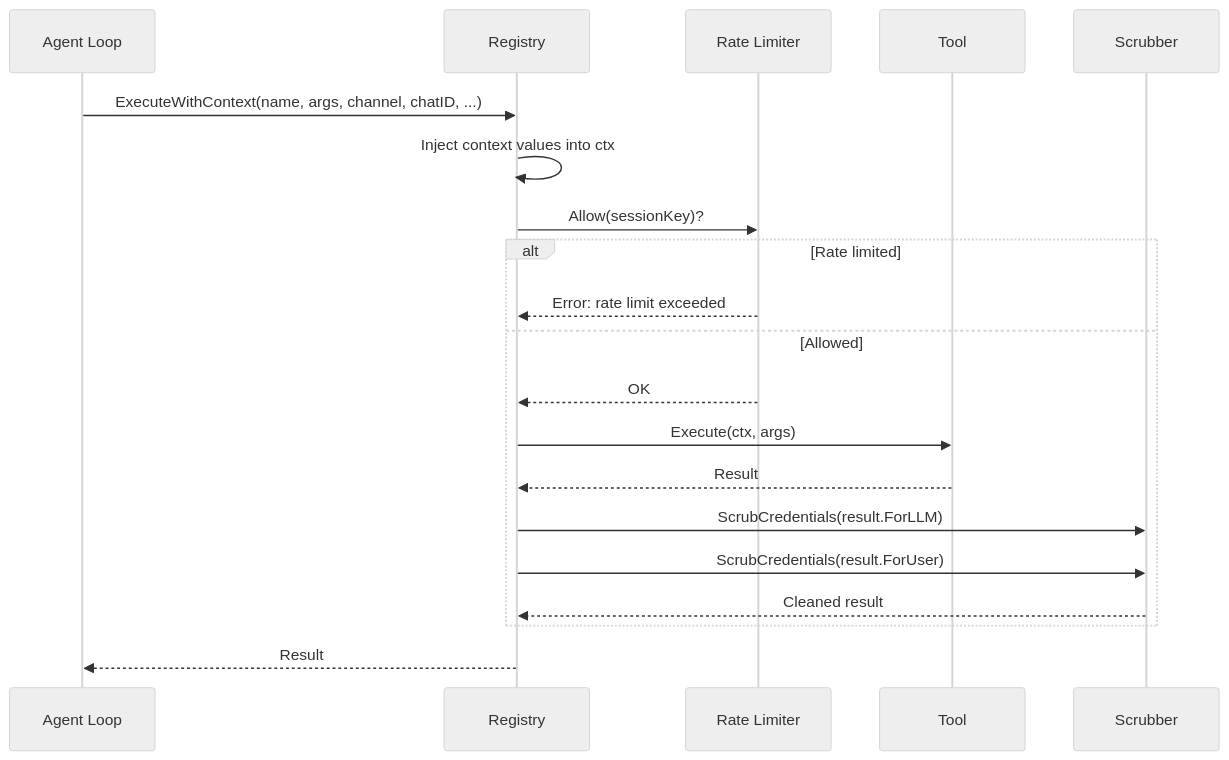
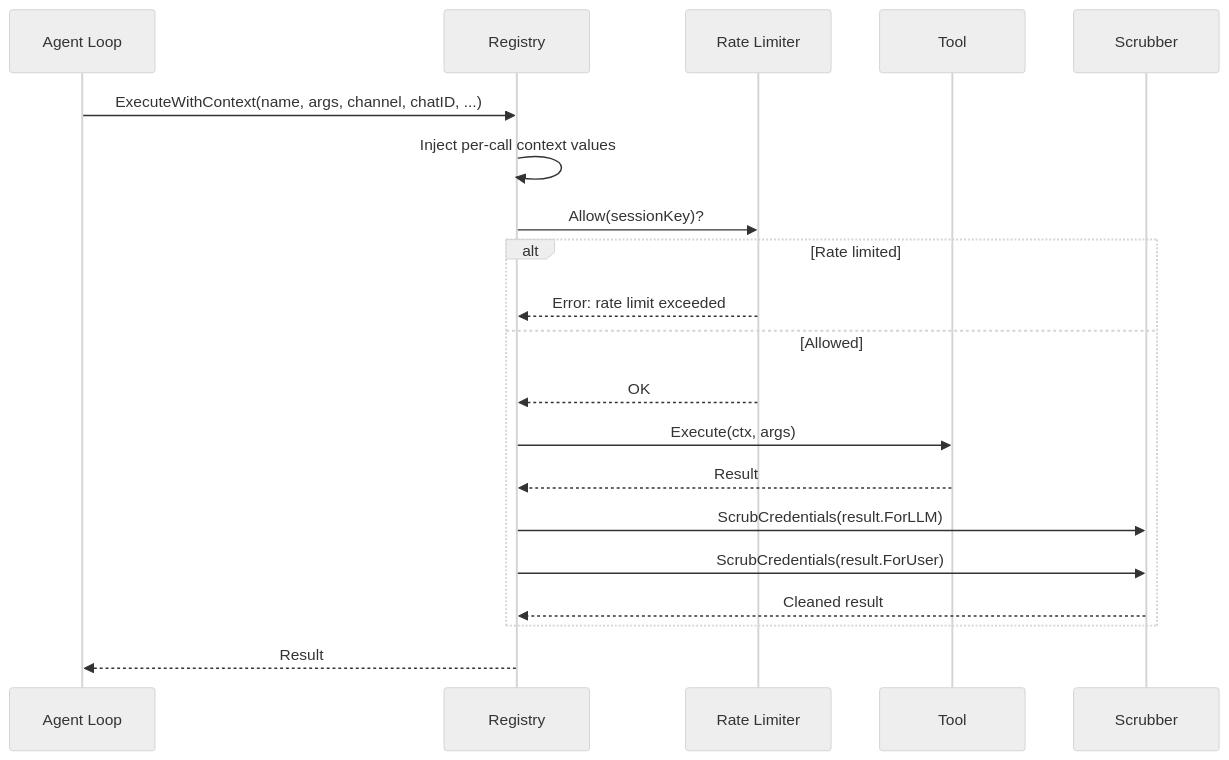
Before and after one commit to qkhalk/goclaw: the first of 5 diagrams in docs/03-tools-system.md, drawn with Mermaid (neutral theme). The commit also changed other lines of this file, not shown here.

````diff
--- a/docs/03-tools-system.md
+++ b/docs/03-tools-system.md
@@ -9,23 +21,23 @@
 ```mermaid
 sequenceDiagram
     participant AL as Agent Loop
     participant R as Registry
     participant RL as Rate Limiter
     participant T as Tool
     participant SC as Scrubber
 
     AL->>R: ExecuteWithContext(name, args, channel, chatID, ...)
-    R->>R: Inject context values into ctx
+    R->>R: Inject per-call context values
     R->>RL: Allow(sessionKey)?
     alt Rate limited
         RL-->>R: Error: rate limit exceeded
     else Allowed
         RL-->>R: OK
         R->>T: Execute(ctx, args)
         T-->>R: Result
         R->>SC: ScrubCredentials(result.ForLLM)
         R->>SC: ScrubCredentials(result.ForUser)
         SC-->>R: Cleaned result
     end
     R-->>AL: Result
 ```
````
